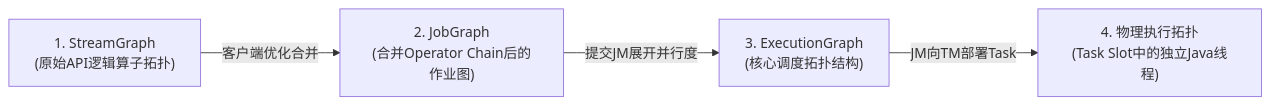
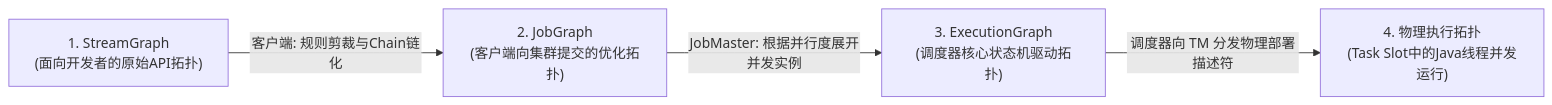
The second of 7 diagrams in 01-bigdata/01-flink/01-flink-runtime-architecture.md (tieke1121/tech-interview-knowledge-base), drawn with Mermaid before and after one commit. The commit also changed other lines of this file and 3 other files, not shown here.

First line of the commit message:
refactor: upgrade template & docs for technical director/architect interview

````diff
--- a/01-bigdata/01-flink/01-flink-runtime-architecture.md
+++ b/01-bigdata/01-flink/01-flink-runtime-architecture.md
@@ -104,6 +112,6 @@
 ```mermaid
 flowchart LR
-    A["1. StreamGraph<br/>(原始API逻辑算子拓扑)"] -->|客户端优化合并| B["2. JobGraph<br/>(合并Operator Chain后的作业图)"]
-    B -->|提交JM展开并行度| C["3. ExecutionGraph<br/>(核心调度拓扑结构)"]
-    C -->|JM向TM部署Task| D["4. 物理执行拓扑<br/>(Task Slot中的独立Java线程)"]
+    A["1. StreamGraph<br/>(面向开发者的原始API拓扑)"] -->|客户端: 规则剪裁与Chain链化| B["2. JobGraph<br/>(客户端向集群提交的优化拓扑)"]
+    B -->|JobMaster: 根据并行度展开并发实例| C["3. ExecutionGraph<br/>(调度器核心状态机驱动拓扑)"]
+    C -->|调度器向 TM 分发物理部署描述符| D["4. 物理执行拓扑<br/>(Task Slot中的Java线程并发运行)"]
 ```
````
